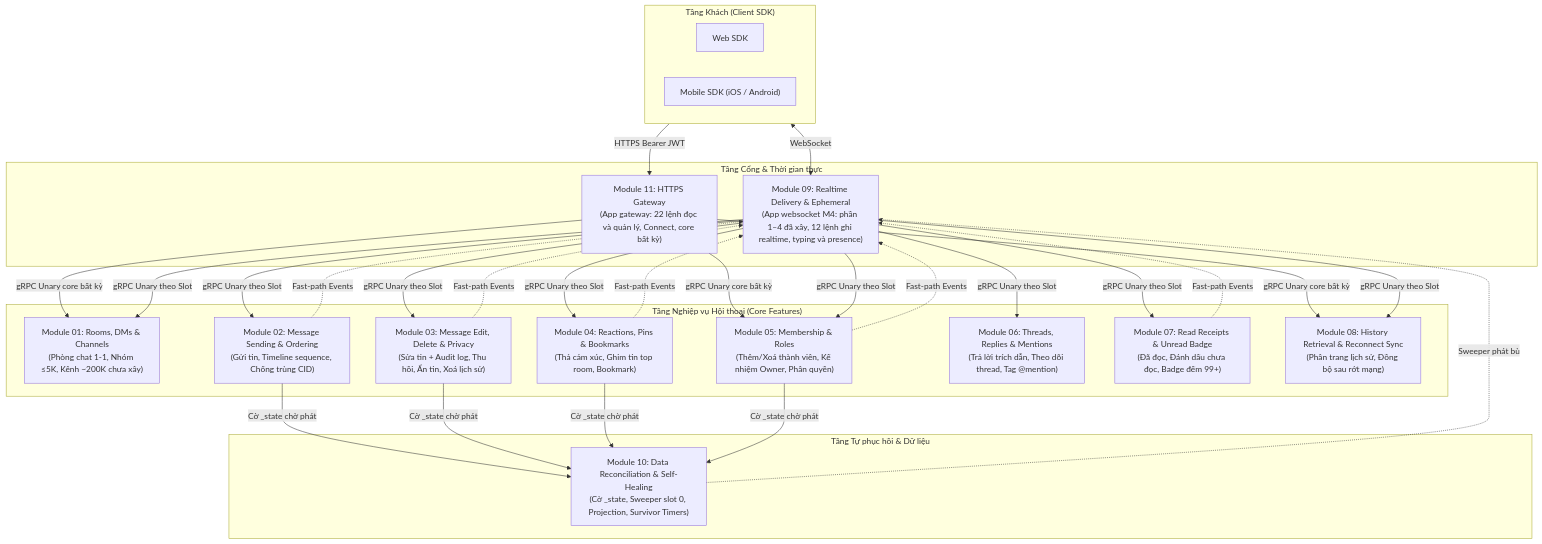
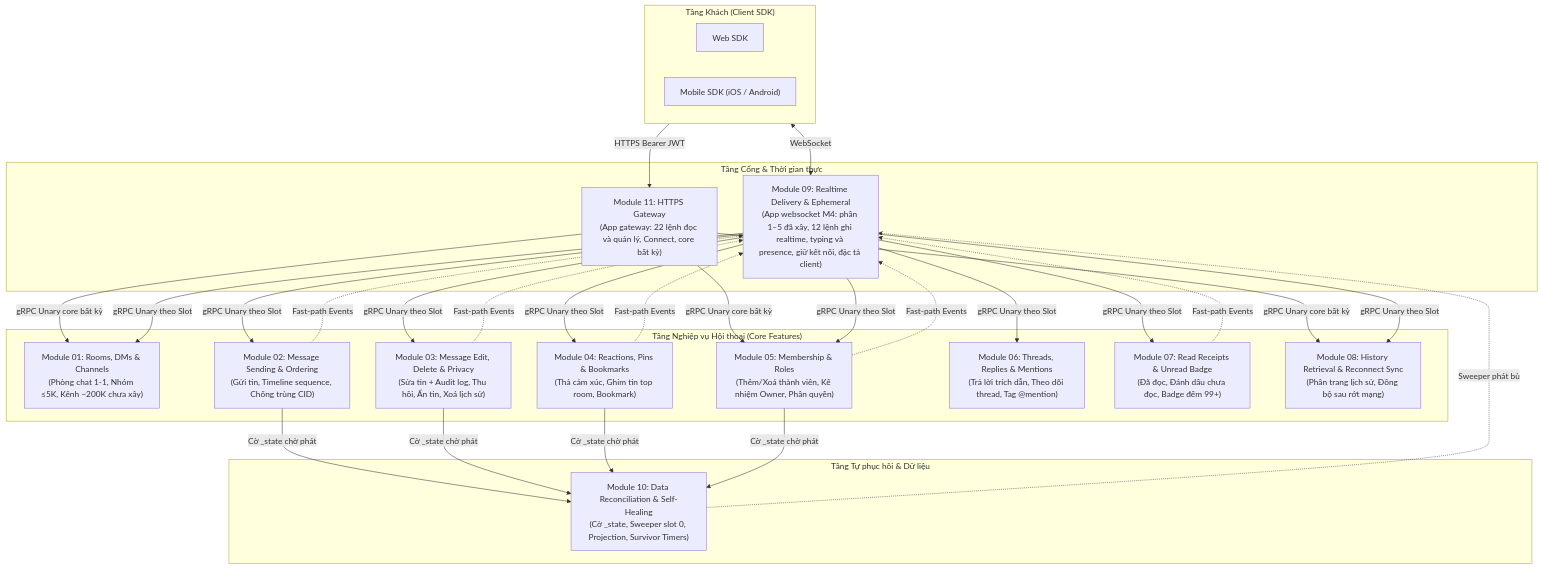
The first of 2 diagrams in docs/modules/README.md (ivannguyendev/chatim), drawn with Mermaid before and after one commit. The commit also changed other lines of this file and 10 other files, not shown here.

````diff
--- a/docs/modules/README.md
+++ b/docs/modules/README.md
@@ -13,53 +13,53 @@
 ```mermaid
 flowchart TD
     subgraph Client["Tầng Khách (Client SDK)"]
         Web["Web SDK"]
         Mobile["Mobile SDK (iOS / Android)"]
     end
 
     subgraph Entry["Tầng Cổng & Thời gian thực"]
-        M09["Module 09: Realtime Delivery & Ephemeral<br/>(App websocket M4: phần 1–4 đã xây, 12 lệnh ghi realtime, typing và presence)"]
+        M09["Module 09: Realtime Delivery & Ephemeral<br/>(App websocket M4: phần 1–5 đã xây, 12 lệnh ghi realtime, typing và presence, giữ kết nối, đặc tả client)"]
         M11["Module 11: HTTPS Gateway<br/>(App gateway: 22 lệnh đọc và quản lý, Connect, core bất kỳ)"]
     end
 
     subgraph CoreFeatures["Tầng Nghiệp vụ Hội thoại (Core Features)"]
         M01["Module 01: Rooms, DMs & Channels<br/>(Phòng chat 1-1, Nhóm ≤5K, Kênh ~200K chưa xây)"]
         M02["Module 02: Message Sending & Ordering<br/>(Gửi tin, Timeline sequence, Chống trùng CID)"]
         M03["Module 03: Message Edit, Delete & Privacy<br/>(Sửa tin + Audit log, Thu hồi, Ẩn tin, Xoá lịch sử)"]
         M04["Module 04: Reactions, Pins & Bookmarks<br/>(Thả cảm xúc, Ghim tin top room, Bookmark)"]
         M05["Module 05: Membership & Roles<br/>(Thêm/Xoá thành viên, Kế nhiệm Owner, Phân quyền)"]
         M06["Module 06: Threads, Replies & Mentions<br/>(Trả lời trích dẫn, Theo dõi thread, Tag @mention)"]
         M07["Module 07: Read Receipts & Unread Badge<br/>(Đã đọc, Đánh dấu chưa đọc, Badge đếm 99+)"]
         M08["Module 08: History Retrieval & Reconnect Sync<br/>(Phân trang lịch sử, Đồng bộ sau rớt mạng)"]
     end
 
     subgraph Resilience["Tầng Tự phục hồi & Dữ liệu"]
         M10["Module 10: Data Reconciliation & Self-Healing<br/>(Cờ _state, Sweeper slot 0, Projection, Survivor Timers)"]
     end
 
     Client <-->|WebSocket| M09
     Client -->|HTTPS Bearer JWT| M11
     M11 -->|gRPC Unary core bất kỳ| M01
     M11 -->|gRPC Unary core bất kỳ| M05
     M11 -->|gRPC Unary core bất kỳ| M08
     M09 -->|gRPC Unary theo Slot| M01
     M09 -->|gRPC Unary theo Slot| M02
     M09 -->|gRPC Unary theo Slot| M03
     M09 -->|gRPC Unary theo Slot| M04
     M09 -->|gRPC Unary theo Slot| M05
     M09 -->|gRPC Unary theo Slot| M06
     M09 -->|gRPC Unary theo Slot| M07
     M09 -->|gRPC Unary theo Slot| M08
 
     M02 -.->|Fast-path Events| M09
     M03 -.->|Fast-path Events| M09
     M04 -.->|Fast-path Events| M09
     M05 -.->|Fast-path Events| M09
     M07 -.->|Fast-path Events| M09
 
     M02 -->|Cờ _state chờ phát| M10
     M03 -->|Cờ _state chờ phát| M10
     M04 -->|Cờ _state chờ phát| M10
     M05 -->|Cờ _state chờ phát| M10
     M10 -.->|Sweeper phát bù| M09
 ```
````
